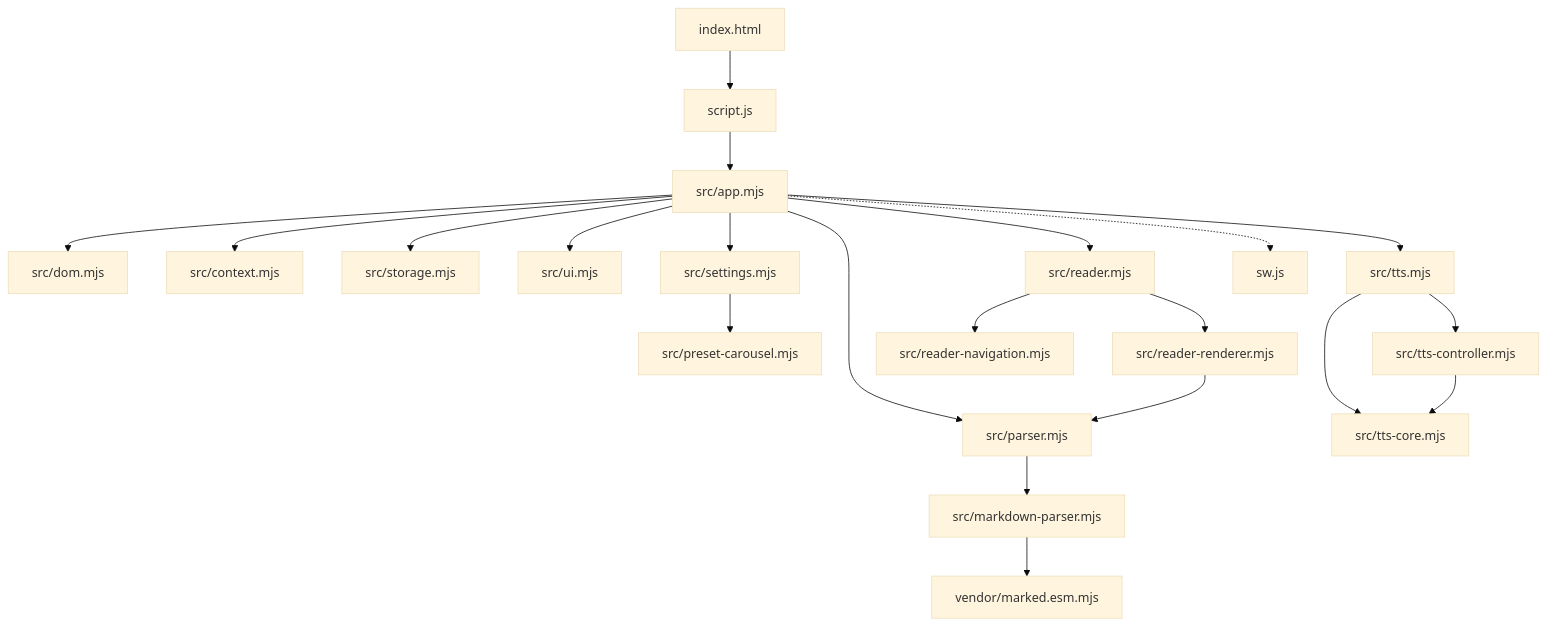
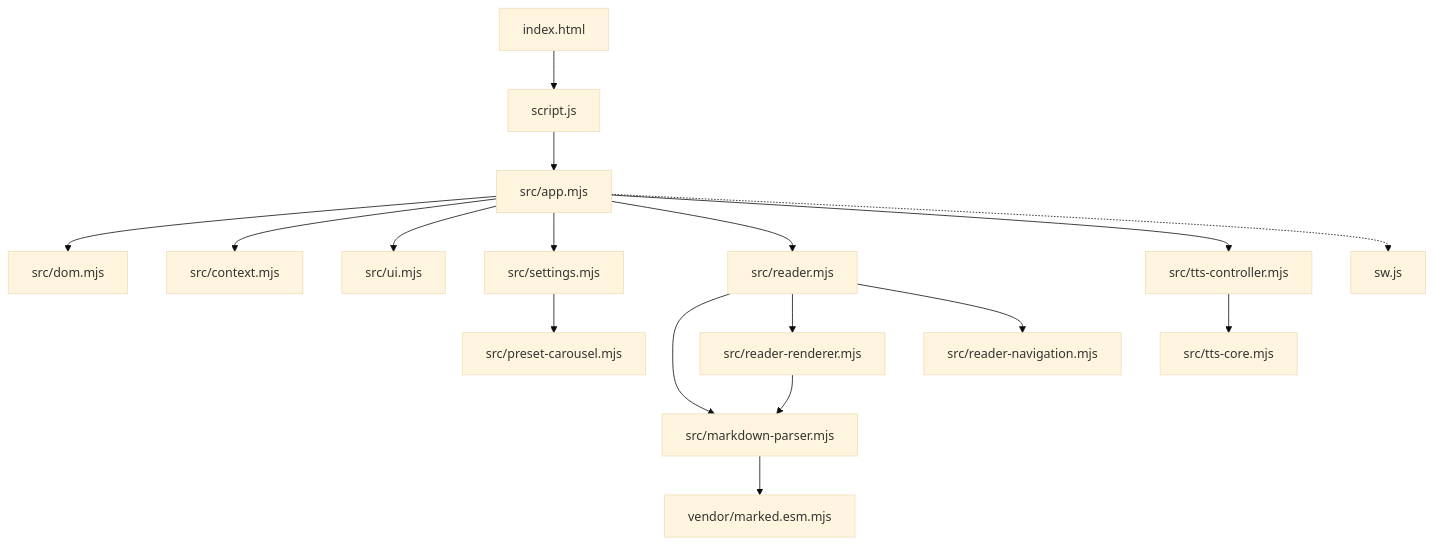
Before and after one commit to patelakash007/Reader-webapp: the diagram in docs/ARCHITECTURE.md, drawn with Mermaid (base theme). The commit also changed other lines of this file and 30 other files, not shown here.

````diff
--- a/docs/ARCHITECTURE.md
+++ b/docs/ARCHITECTURE.md
@@ -7,24 +7,20 @@
 ```mermaid
 flowchart TD
     HTML[index.html] --> Shim[script.js]
     Shim --> App[src/app.mjs]
     App --> DOM[src/dom.mjs]
     App --> Context[src/context.mjs]
-    App --> Storage[src/storage.mjs]
     App --> UI[src/ui.mjs]
-    App --> Parser[src/parser.mjs]
     App --> Settings[src/settings.mjs]
     App --> Reader[src/reader.mjs]
-    App --> TTS[src/tts.mjs]
+    App --> TTSCtrl[src/tts-controller.mjs]
     App -.-> SW[sw.js]
 
-    Parser --> MD[src/markdown-parser.mjs]
+    Reader --> MD[src/markdown-parser.mjs]
     MD --> Marked[vendor/marked.esm.mjs]
     Settings --> Carousel[src/preset-carousel.mjs]
     Reader --> Renderer[src/reader-renderer.mjs]
     Reader --> Nav[src/reader-navigation.mjs]
-    Renderer --> Parser
-    TTS --> TTSCtrl[src/tts-controller.mjs]
-    TTS --> TTSCore[src/tts-core.mjs]
-    TTSCtrl --> TTSCore
+    Renderer --> MD
+    TTSCtrl --> TTSCore[src/tts-core.mjs]
 ```
````
